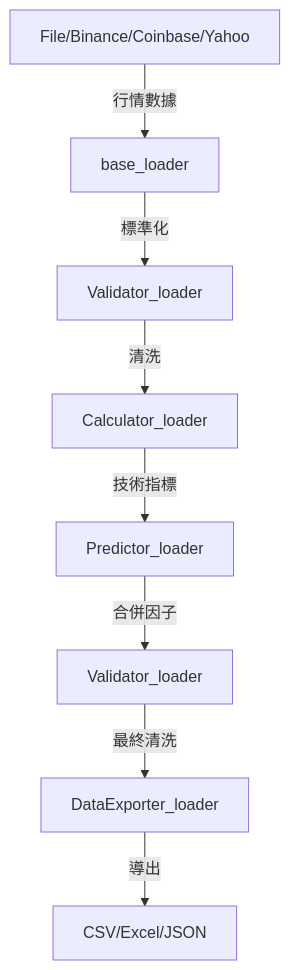
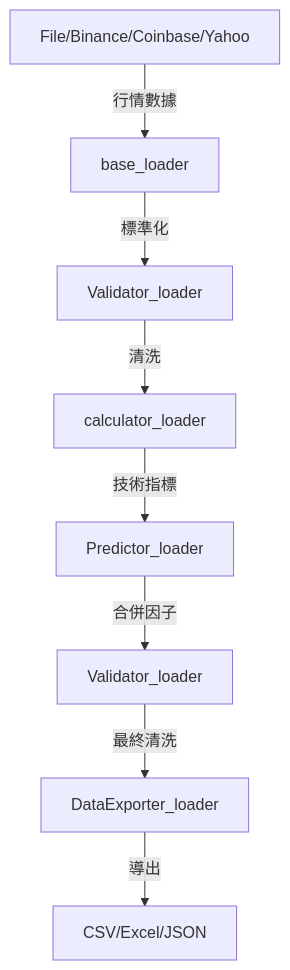
Before and after one commit to lo2cin4/lo2cin4bt: the diagram in dataloader/README.md, drawn with Mermaid. The commit also changed other lines of this file and 5 other files, not shown here.

Commit message:
chore: rename calculator loader to lower snake case

````diff
--- a/dataloader/README.md
+++ b/dataloader/README.md
@@ -99,10 +99,10 @@
 ```mermaid
 flowchart TD
     A[File/Binance/Coinbase/Yahoo] -->|行情數據| B[base_loader]
     B -->|標準化| C[Validator_loader]
-    C -->|清洗| D[Calculator_loader]
+    C -->|清洗| D[calculator_loader]
     D -->|技術指標| E[Predictor_loader]
     E -->|合併因子| F[Validator_loader]
     F -->|最終清洗| G[DataExporter_loader]
     G -->|導出| H[CSV/Excel/JSON]
 ```
````
